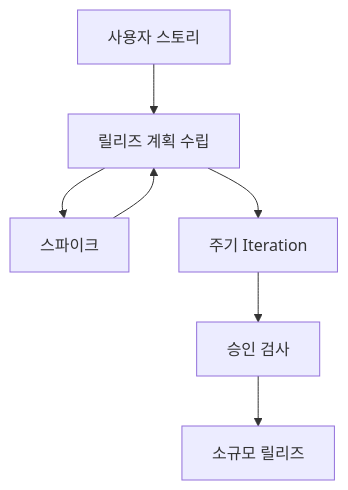
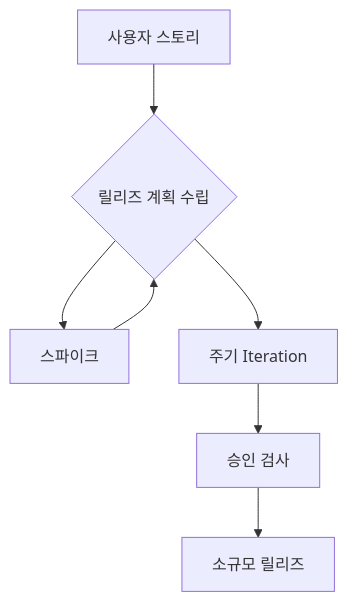
The fourth of 12 diagrams in docs/정보처리기사/소프트웨어 설계/요구사항 확인.md (just-the-docs/just-the-docs), drawn with Mermaid before and after one commit. The commit also changed other lines of this file and 12 other files, not shown here.

Commit message:
[ADD] 1. 요구사항 확인 1.6 요구사항 정의~ 1.9 UML

````diff
--- a/docs/정보처리기사/소프트웨어 설계/요구사항 확인.md
+++ b/docs/정보처리기사/소프트웨어 설계/요구사항 확인.md
@@ -176,9 +194,9 @@
 ```mermaid
 graph TD;
-    E[사용자 스토리] --> A
-    F[스파이크] --> A
-    A[릴리즈 계획 수립] --> B[주기 Iteration];
+    E[사용자 스토리] --> A;
+    F[스파이크] --> A;
+    A{릴리즈 계획 수립} --> B[주기 Iteration];
     B --> C[승인 검사];
     C --> D[소규모 릴리즈];
     A --> F
 ```
````
